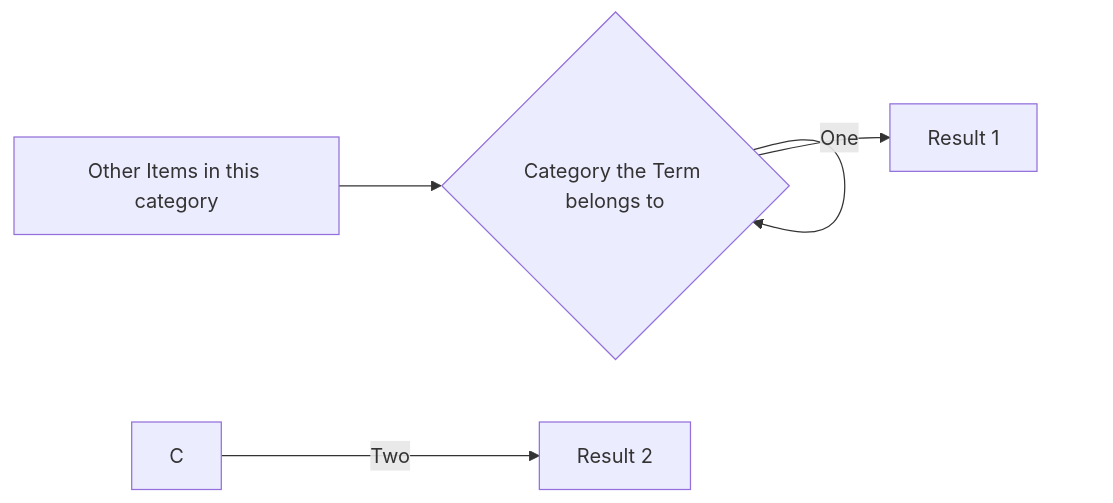
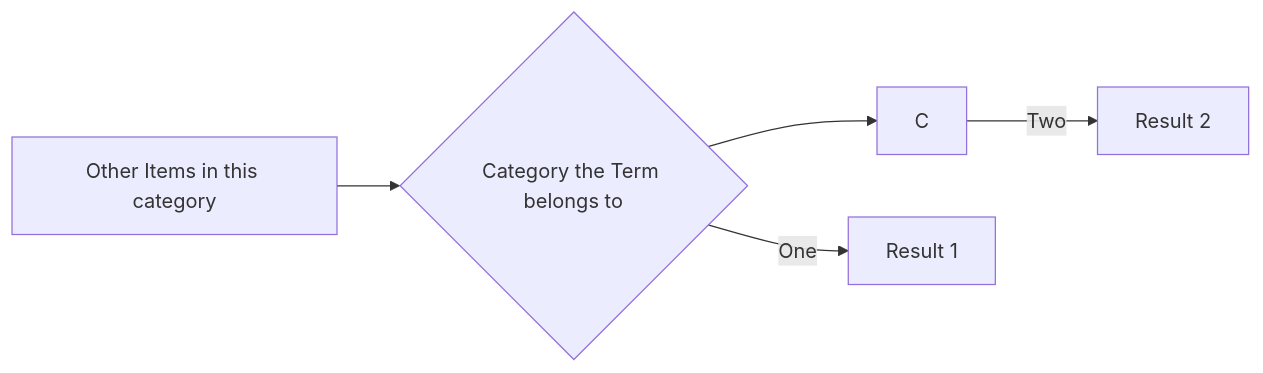
The diagram in slides.md (gerbssusd/dok), drawn with Mermaid before and after one commit.

````diff
--- a/slides.md
+++ b/slides.md
@@ -217,6 +217,6 @@
 ```mermaid {theme: 'neutral', scale: 0.8}
 graph LR
-A[Other Items in this category] --> B{Category the Term belongs to} -->
+A[Other Items in this category] --> B{Category the Term belongs to} -->C
 B -->|One| D[Result 1]
 C -->|Two| E[Result 2]
 ```
````
